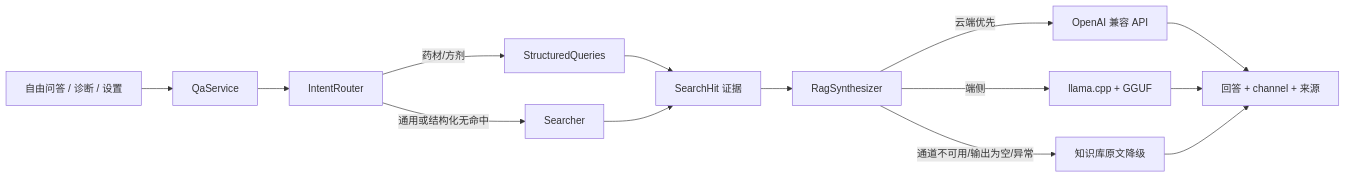
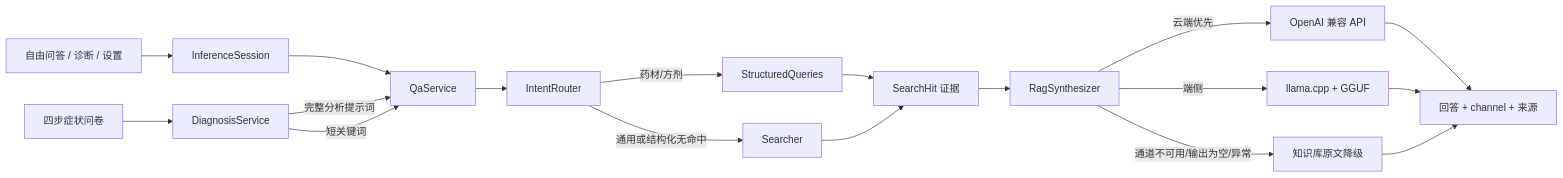
Before and after one commit to heroims/nihaixia_ai: the diagram in README.md, drawn with Mermaid. The commit also changed other lines of this file and 12 other files, not shown here.

Commit message:
feat: route guided diagnosis through shared RAG session

````diff
--- a/README.md
+++ b/README.md
@@ -34,16 +36,20 @@
 ```mermaid
 flowchart LR
-    UI[自由问答 / 诊断 / 设置] --> QA[QaService]
+    UI[自由问答 / 诊断 / 设置] --> SESSION[InferenceSession]
+    SESSION --> QA[QaService]
+    DIAG[四步症状问卷] --> DS[DiagnosisService]
+    DS -->|完整分析提示词| QA
+    DS -->|短关键词| QA
     QA --> ROUTER[IntentRouter]
     ROUTER -->|药材/方剂| STRUCT[StructuredQueries]
     ROUTER -->|通用或结构化无命中| SEARCH[Searcher]
     STRUCT --> EVIDENCE[SearchHit 证据]
     SEARCH --> EVIDENCE
     EVIDENCE --> RAG[RagSynthesizer]
     RAG -->|云端优先| CLOUD[OpenAI 兼容 API]
     RAG -->|端侧| LOCAL[llama.cpp + GGUF]
     RAG -->|通道不可用/输出为空/异常| RAW[知识库原文降级]
     CLOUD --> RESULT[回答 + channel + 来源]
     LOCAL --> RESULT
     RAW --> RESULT
 ```
````
